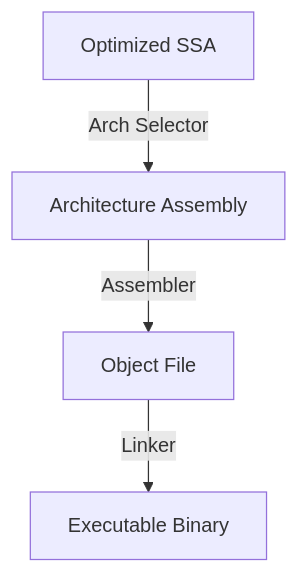
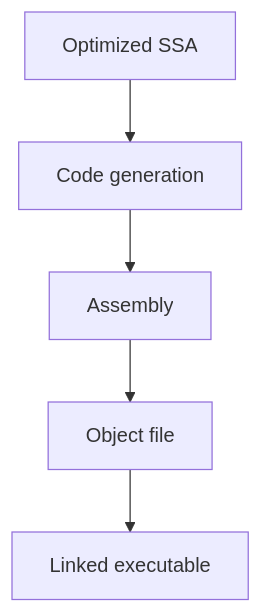
One commit to syahputrawork98-sketch/Golang-Knowledge-Base changed the diagram in RAK-06-compiler-runtime/SR-01-compiler-architecture/BK-03-backend/CH-01_CodeGen/README.md. Above: the diagram before and after it, drawn with Mermaid. The commit also changed other lines of this file and 44 other files, not shown here.

````diff
--- a/RAK-06-compiler-runtime/SR-01-compiler-architecture/BK-03-backend/CH-01_CodeGen/README.md
+++ b/RAK-06-compiler-runtime/SR-01-compiler-architecture/BK-03-backend/CH-01_CodeGen/README.md
@@ -23,6 +33,7 @@
 ```mermaid
 graph TD
-    SSA[Optimized SSA] -->|Arch Selector| ASM[Architecture Assembly]
-    ASM -->|Assembler| OBJ[Object File]
-    OBJ -->|Linker| EXE[Executable Binary]
+    SSA[Optimized SSA] --> CodeGen[Code generation]
+    CodeGen --> ASM[Assembly]
+    ASM --> Object[Object file]
+    Object --> Binary[Linked executable]
 ```
````
